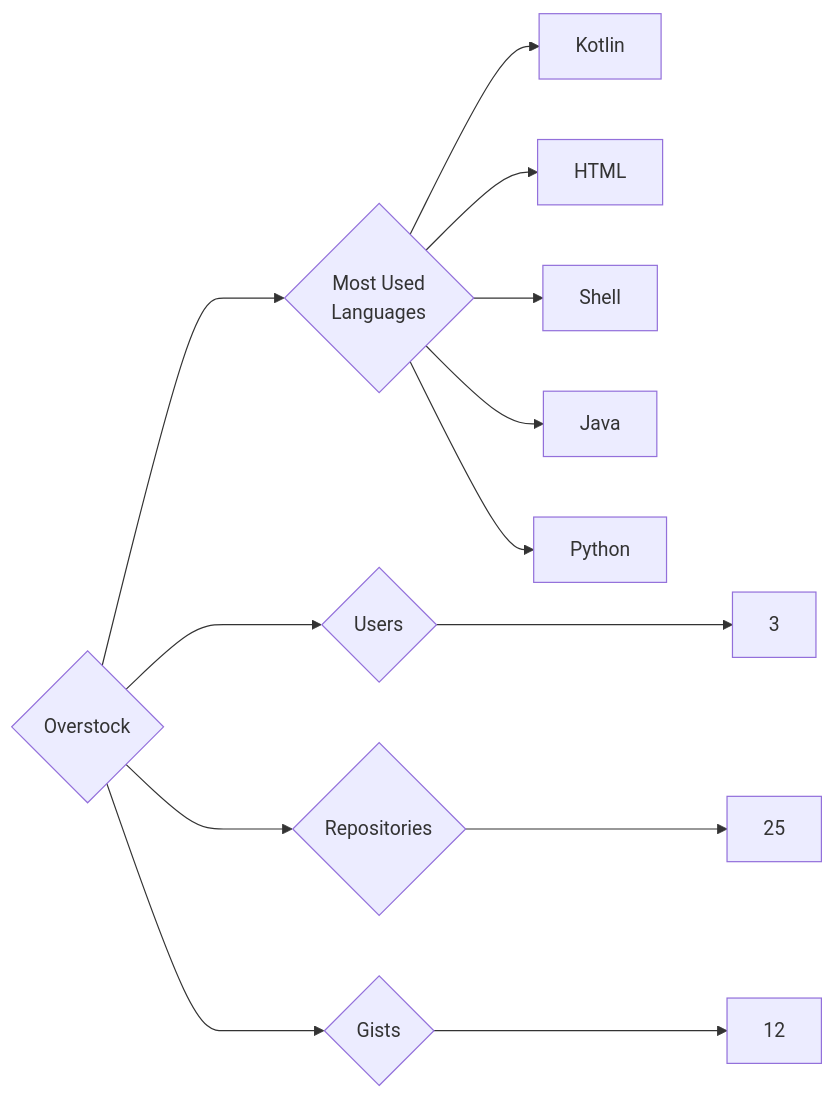
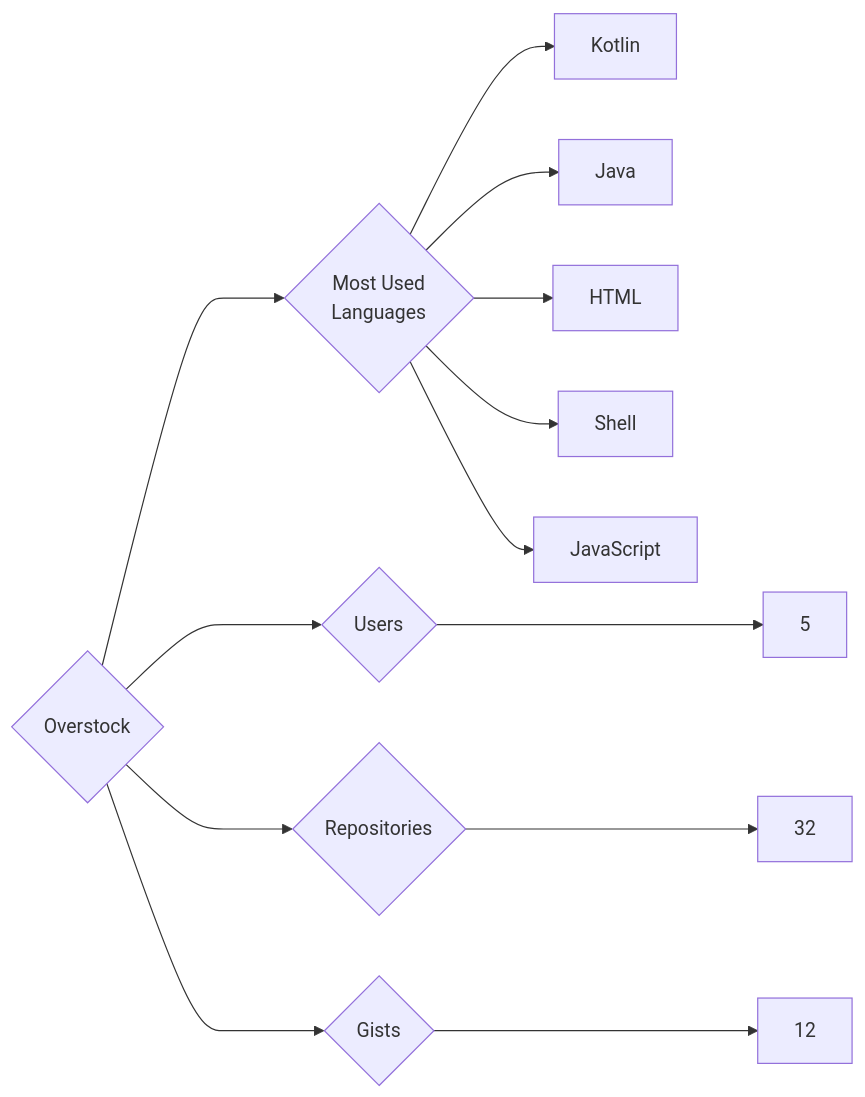
The diagram in targets/Overstock/README.md (trickest/insiders), drawn with Mermaid before and after one commit. The commit also changed 787 other files, not shown here.

````diff
--- a/targets/Overstock/README.md
+++ b/targets/Overstock/README.md
@@ -3,13 +3,13 @@
 ```mermaid
 graph LR
 COMPANY_NAME{Overstock}
-COMPANY_NAME ---> U{Users} ---> UN[3]
-COMPANY_NAME ---> R{Repositories} ---> RN[25]
+COMPANY_NAME ---> U{Users} ---> UN[5]
+COMPANY_NAME ---> R{Repositories} ---> RN[32]
 COMPANY_NAME ---> G{Gists} ---> GN[12]
 COMPANY_NAME ---> ML{Most Used<br>Languages}
 ML --> Kotlin[Kotlin]
+ML --> Java[Java]
 ML --> HTML[HTML]
 ML --> Shell[Shell]
-ML --> Java[Java]
-ML --> Python[Python]
+ML --> JavaScript[JavaScript]
 ```
````
